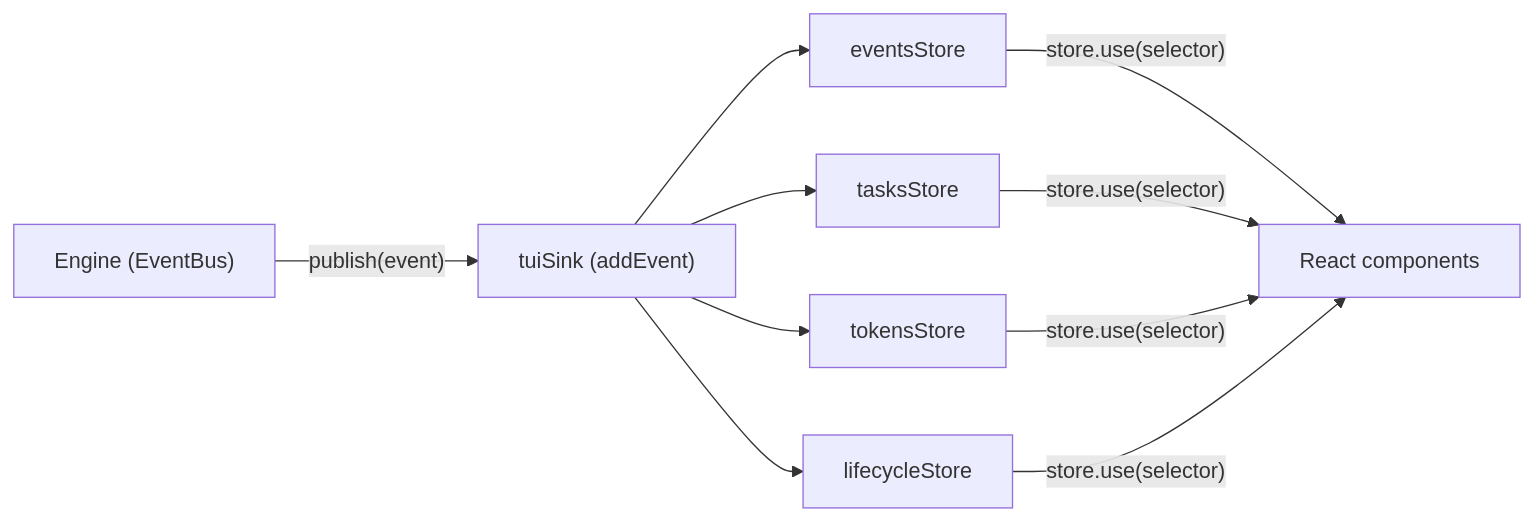
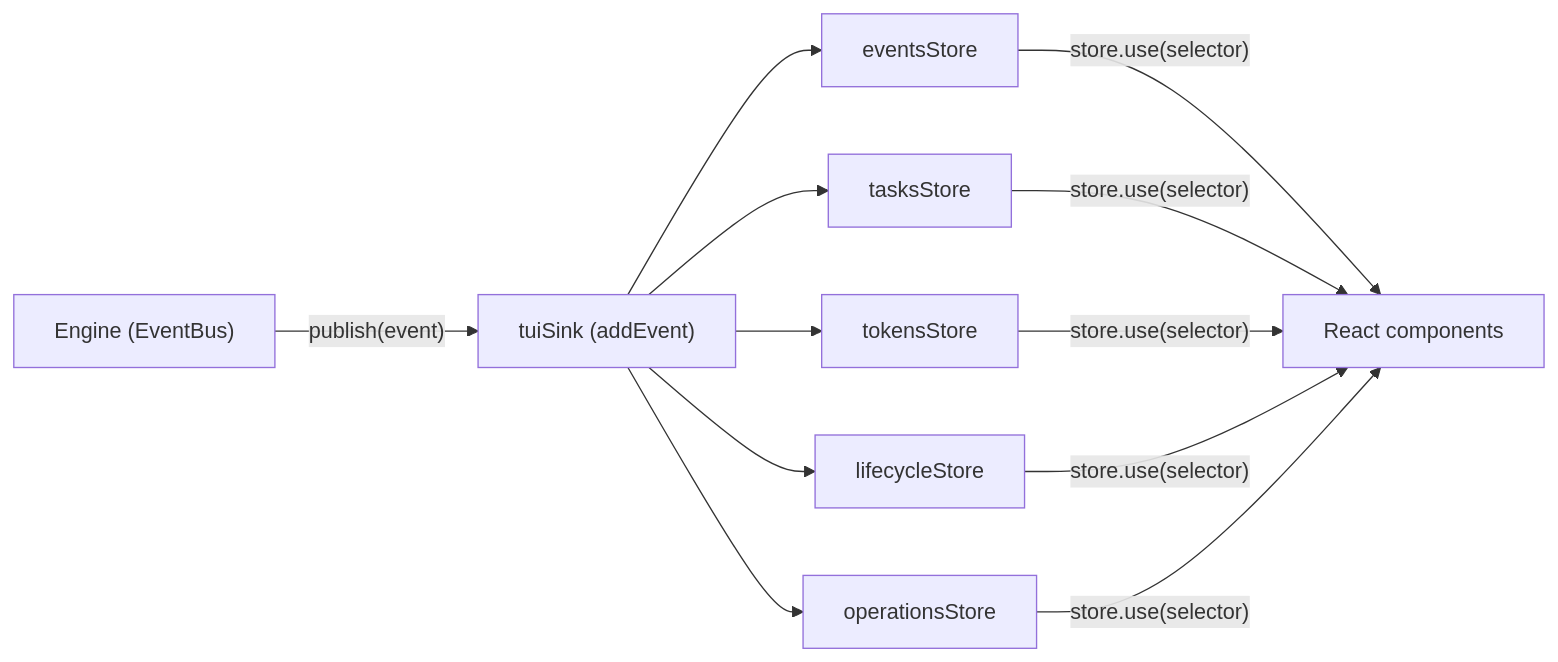
The diagram in docs/STORES-AND-UI.md (b4r7x/splitbrief), drawn with Mermaid before and after one commit. The commit also changed other lines of this file and 168 other files, not shown here.

````diff
--- a/docs/STORES-AND-UI.md
+++ b/docs/STORES-AND-UI.md
@@ -27,20 +27,23 @@
 ```mermaid
 flowchart LR
   Engine["Engine (EventBus)"]
   Sink["tuiSink (addEvent)"]
   Events["eventsStore"]
   Tasks["tasksStore"]
   Tokens["tokensStore"]
   Lifecycle["lifecycleStore"]
+  Operations["operationsStore"]
   React["React components"]
 
   Engine -->|"publish(event)"| Sink
   Sink --> Events
   Sink --> Tasks
   Sink --> Tokens
   Sink --> Lifecycle
+  Sink --> Operations
   Events -->|"store.use(selector)"| React
   Tasks -->|"store.use(selector)"| React
   Tokens -->|"store.use(selector)"| React
   Lifecycle -->|"store.use(selector)"| React
+  Operations -->|"store.use(selector)"| React
 ```
````
